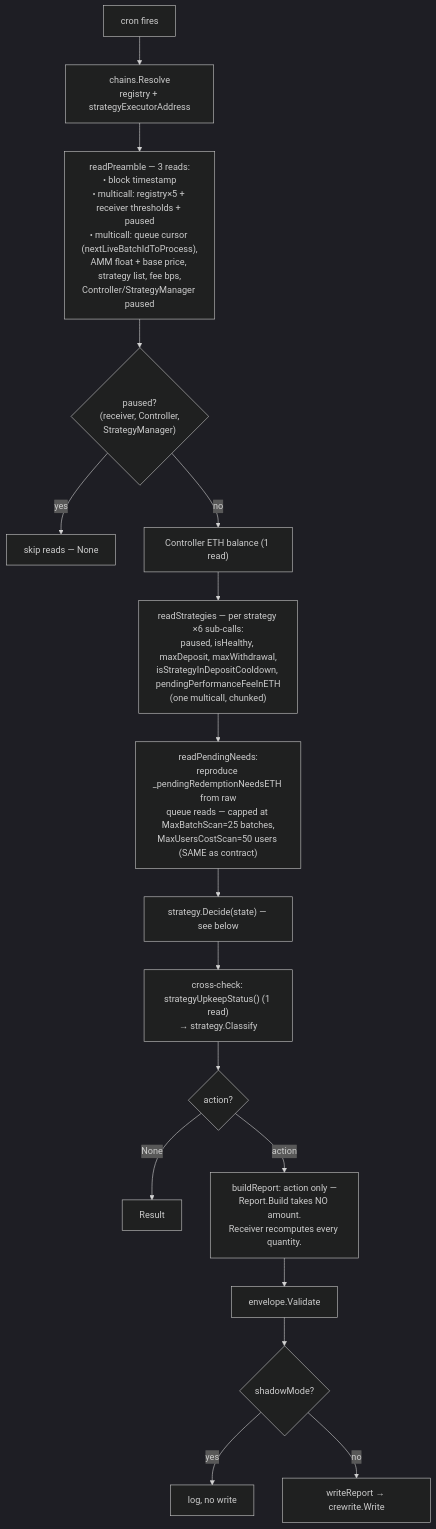
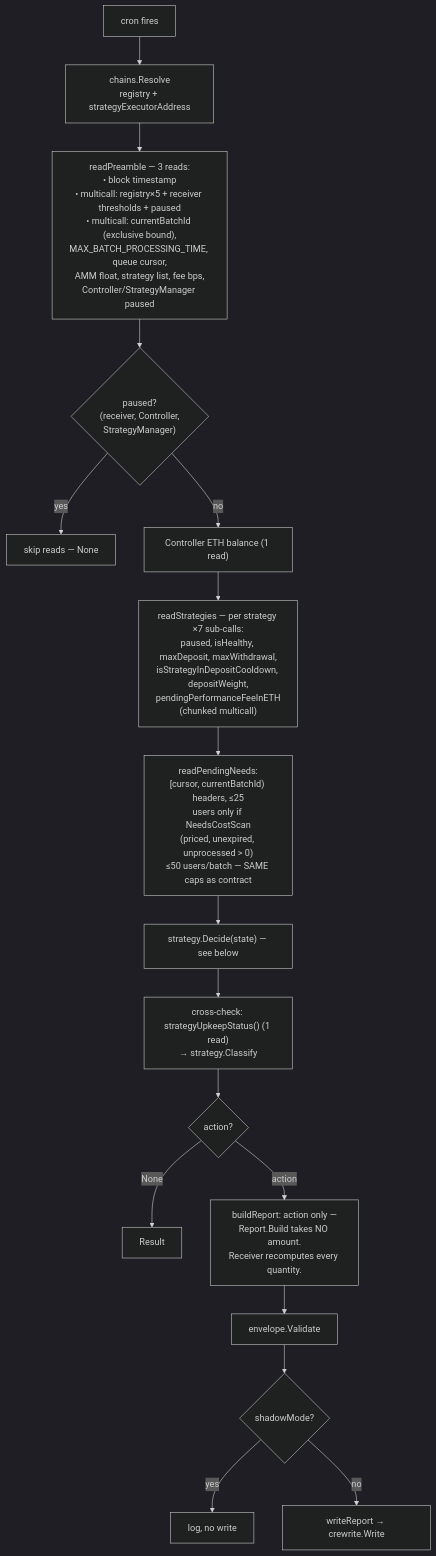
The first of 4 diagrams in blueprints/03-w2-strategy-keeper.md (everstrat-xyz/keepers), drawn with Mermaid (dark theme) before and after one commit. The commit also changed other lines of this file and 16 other files, not shown here.

Commit message:
fix: w1 batch candidate selection + w2 ETH needs scan

````diff
--- a/blueprints/03-w2-strategy-keeper.md
+++ b/blueprints/03-w2-strategy-keeper.md
@@ -8,23 +8,23 @@
 ```mermaid
 flowchart TB
     T["cron fires"] --> RES["chains.Resolve<br/>registry + strategyExecutorAddress"]
-    RES --> PRE["readPreamble — 3 reads:<br/>• block timestamp<br/>• multicall: registry×5 + receiver thresholds + paused<br/>• multicall: queue cursor (nextLiveBatchIdToProcess),<br/>AMM float + base price, strategy list, fee bps,<br/>Controller/StrategyManager paused"]
+    RES --> PRE["readPreamble — 3 reads:<br/>• block timestamp<br/>• multicall: registry×5 + receiver thresholds + paused<br/>• multicall: currentBatchId (exclusive bound),<br/>MAX_BATCH_PROCESSING_TIME, queue cursor,<br/>AMM float, strategy list, fee bps,<br/>Controller/StrategyManager paused"]
 
     PRE --> PAU{"paused?<br/>(receiver, Controller,<br/>StrategyManager)"}
     PAU -- "yes" --> SKIP["skip reads — None"]
     PAU -- "no" --> BAL["Controller ETH balance (1 read)"]
 
-    BAL --> STR["readStrategies — per strategy ×6 sub-calls:<br/>paused, isHealthy, maxDeposit, maxWithdrawal,<br/>isStrategyInDepositCooldown, pendingPerformanceFeeInETH<br/>(one multicall, chunked)"]
+    BAL --> STR["readStrategies — per strategy ×7 sub-calls:<br/>paused, isHealthy, maxDeposit, maxWithdrawal,<br/>isStrategyInDepositCooldown, depositWeight,<br/>pendingPerformanceFeeInETH<br/>(chunked multicall)"]
 
-    STR --> NDS["readPendingNeeds:<br/>reproduce _pendingRedemptionNeedsETH from raw<br/>queue reads — capped at MaxBatchScan=25 batches,<br/>MaxUsersCostScan=50 users (SAME as contract)"]
+    STR --> NDS["readPendingNeeds:<br/>[cursor, currentBatchId) headers, ≤25<br/>users only if NeedsCostScan<br/>(priced, unexpired, unprocessed &gt; 0)<br/>≤50 users/batch — SAME caps as contract"]
 
     NDS --> DEC["strategy.Decide(state) — see below"]
     DEC --> XC["cross-check: strategyUpkeepStatus() (1 read)<br/>→ strategy.Classify"]
     XC --> OUT{"action?"}
     OUT -- "None" --> R0["Result"]
     OUT -- "action" --> BUILD["buildReport: action only —<br/>Report.Build takes NO amount.<br/>Receiver recomputes every quantity."]
     BUILD --> VAL["envelope.Validate"]
     VAL --> SH{"shadowMode?"}
     SH -- "yes" --> LOG["log, no write"]
     SH -- "no" --> W["writeReport → crewrite.Write"]
 ```
````
